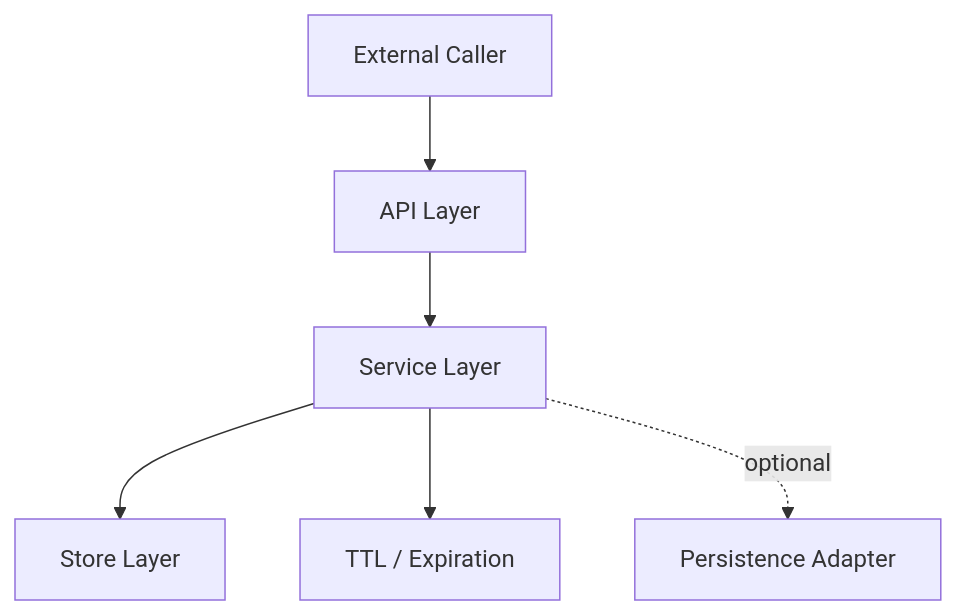
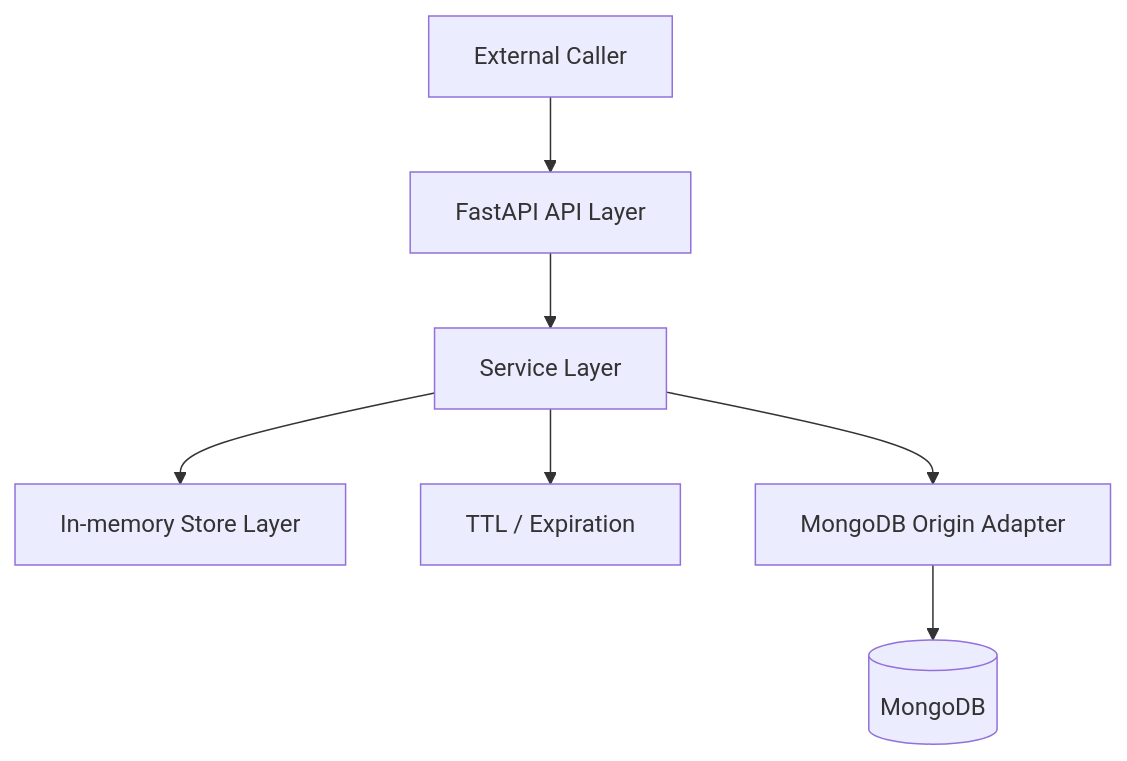
Before and after one commit to sjinbk/krafton_jungle_mini-redis: the diagram in docs/architecture/SYSTEM_DESIGN.md, drawn with Mermaid. The commit also changed other lines of this file and 6 other files, not shown here.

````diff
--- a/docs/architecture/SYSTEM_DESIGN.md
+++ b/docs/architecture/SYSTEM_DESIGN.md
@@ -8,8 +8,9 @@
 ```mermaid
 flowchart TD
-    Client["External Caller"] --> API["API Layer"]
+    Client["External Caller"] --> API["FastAPI API Layer"]
     API --> Service["Service Layer"]
-    Service --> Store["Store Layer"]
+    Service --> Store["In-memory Store Layer"]
     Service --> Expiry["TTL / Expiration"]
-    Service -. optional .-> Persistence["Persistence Adapter"]
+    Service --> Origin["MongoDB Origin Adapter"]
+    Origin --> MongoDB[("MongoDB")]
 ```
````
